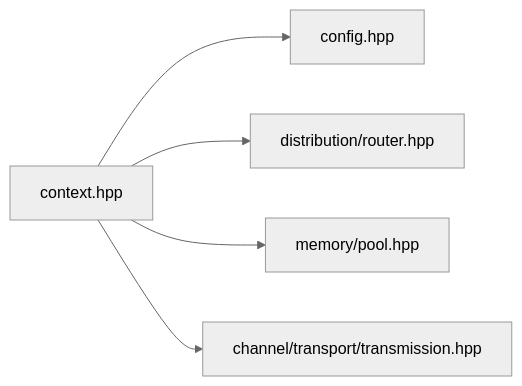
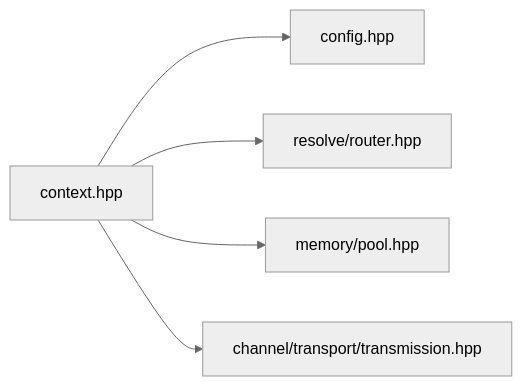
One commit to Hatedatastructures/Prism changed the second of 3 diagrams in docs/reference/dependencies.md. Above: the diagram before and after it, drawn with Mermaid (neutral theme). The commit also changed other lines of this file and 134 other files, not shown here.

````diff
--- a/docs/reference/dependencies.md
+++ b/docs/reference/dependencies.md
@@ -93,7 +93,7 @@
 ```mermaid
 graph LR
     context[context.hpp] --> config[config.hpp]
-    context --> router[distribution/router.hpp]
+    context --> router[resolve/router.hpp]
     context --> pool[memory/pool.hpp]
     context --> transmission[channel/transport/transmission.hpp]
 ```
````
